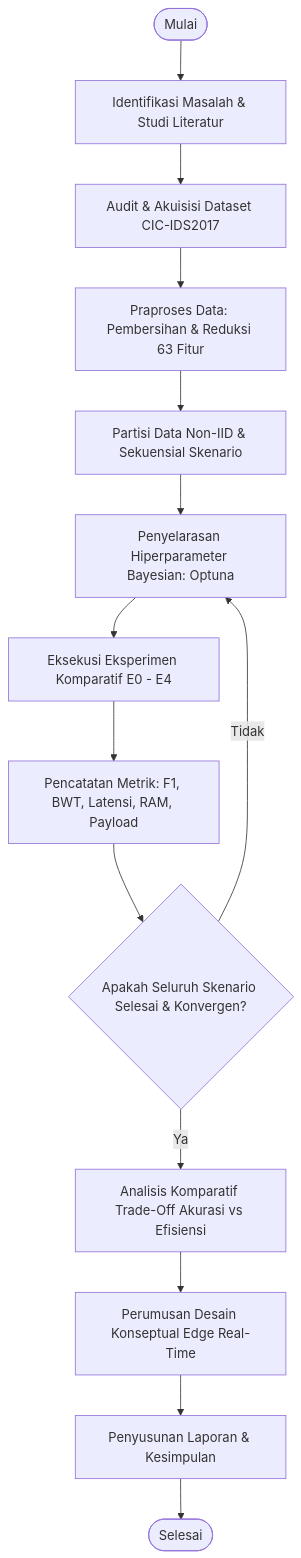
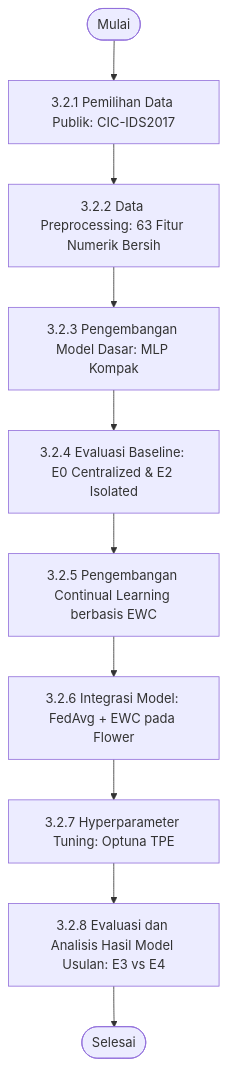
One commit to rhaffle87/brief-thesis changed the third of 7 diagrams in Penulisan/Bab-3-Metodologi-Penelitian.md. Above: the diagram before and after it, drawn with Mermaid. The commit also changed other lines of this file and 2 other files, not shown here.

````diff
--- a/Penulisan/Bab-3-Metodologi-Penelitian.md
+++ b/Penulisan/Bab-3-Metodologi-Penelitian.md
@@ -21,16 +54,12 @@
 ```mermaid
 flowchart TD
-    A([Mulai]) --> B[Identifikasi Masalah & Studi Literatur]
-    B --> C[Audit & Akuisisi Dataset CIC-IDS2017]
-    C --> D[Praproses Data: Pembersihan & Reduksi 63 Fitur]
-    D --> E[Partisi Data Non-IID & Sekuensial Skenario]
-    E --> F[Penyelarasan Hiperparameter Bayesian: Optuna]
-    F --> G[Eksekusi Eksperimen Komparatif E0 - E4]
-    G --> H[Pencatatan Metrik: F1, BWT, Latensi, RAM, Payload]
-    H --> I{Apakah Seluruh Skenario Selesai & Konvergen?}
-    I -- Tidak --> F
-    I -- Ya --> J[Analisis Komparatif Trade-Off Akurasi vs Efisiensi]
-    J --> K[Perumusan Desain Konseptual Edge Real-Time]
-    K --> L[Penyusunan Laporan & Kesimpulan]
-    L --> M([Selesai])
+    S([Mulai]) --> S1[3.2.1 Pemilihan Data Publik: CIC-IDS2017]
+    S1 --> S2[3.2.2 Data Preprocessing: 63 Fitur Numerik Bersih]
+    S2 --> S3[3.2.3 Pengembangan Model Dasar: MLP Kompak]
+    S3 --> S4[3.2.4 Evaluasi Baseline: E0 Centralized & E2 Isolated]
+    S4 --> S5[3.2.5 Pengembangan Continual Learning berbasis EWC]
+    S5 --> S6[3.2.6 Integrasi Model: FedAvg + EWC pada Flower]
+    S6 --> S7[3.2.7 Hyperparameter Tuning: Optuna TPE]
+    S7 --> S8[3.2.8 Evaluasi dan Analisis Hasil Model Usulan: E3 vs E4]
+    S8 --> E([Selesai])
 ```
````
